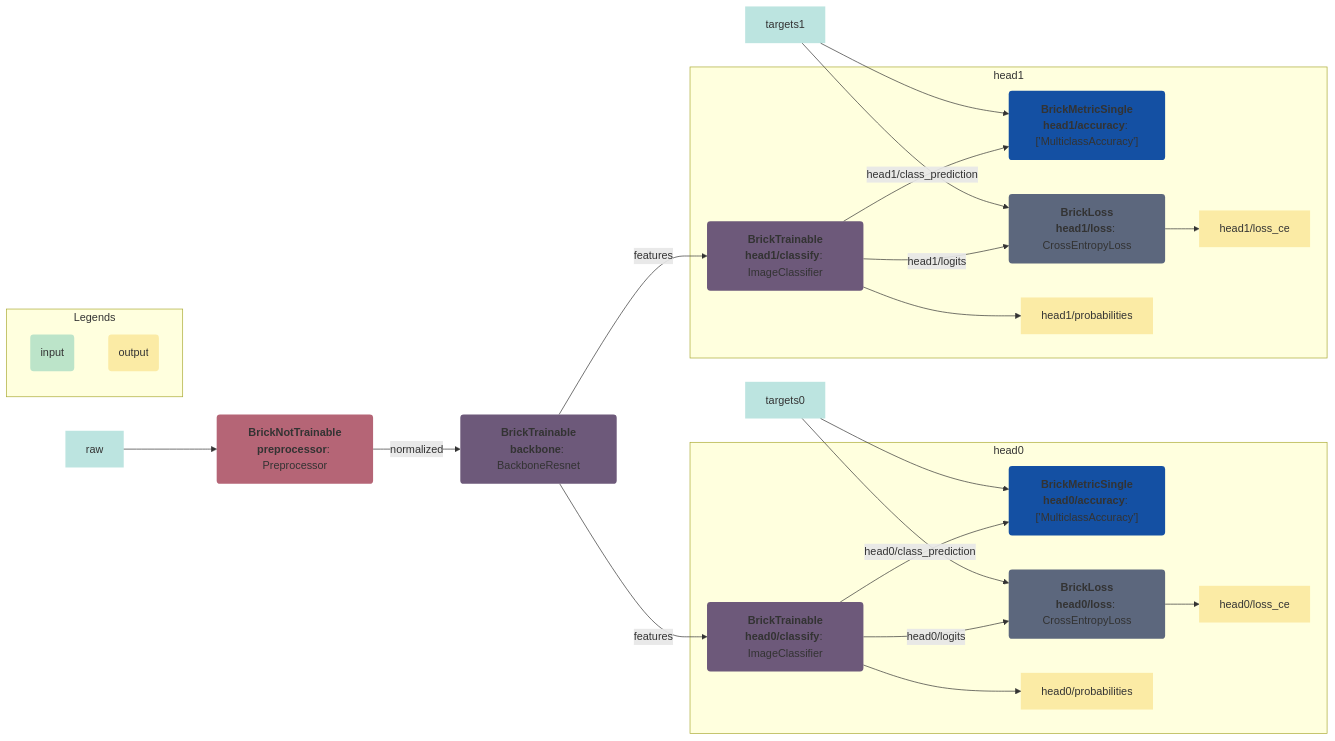
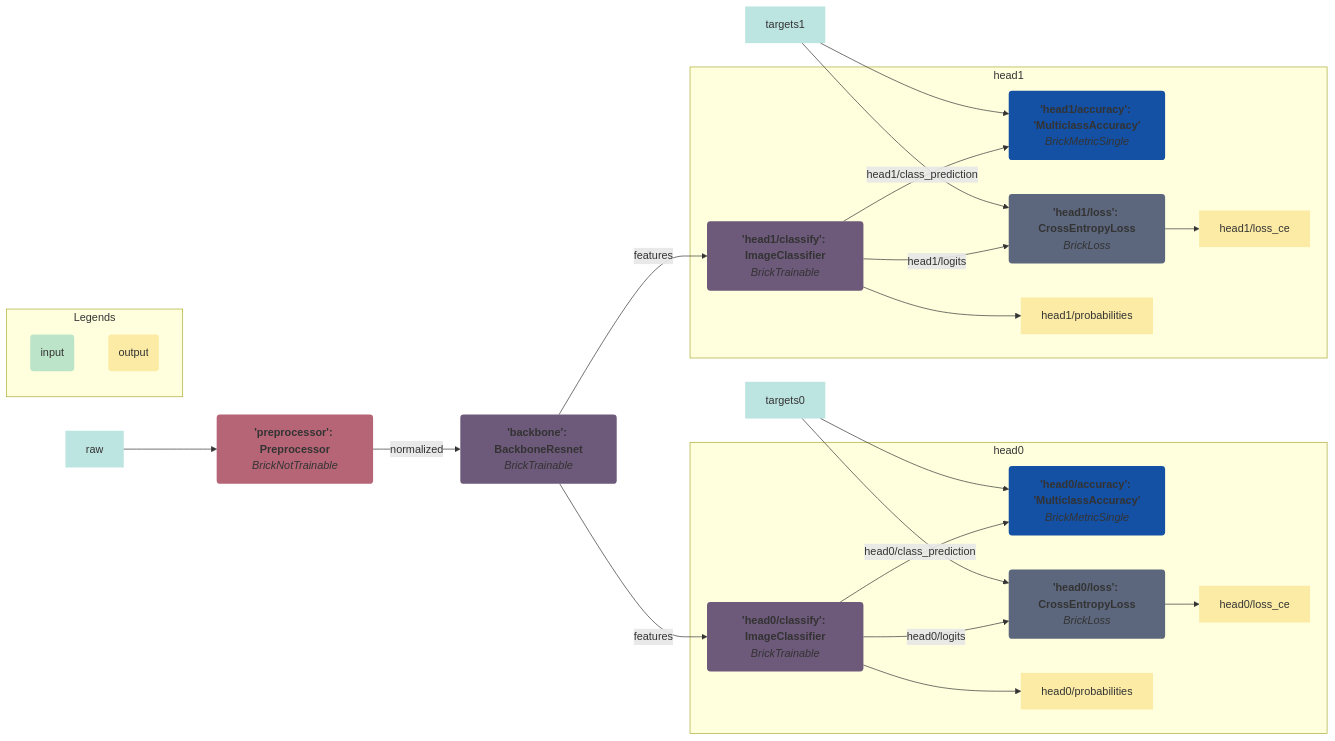
One commit to pete-machine/torchbricks changed the fourth of 4 diagrams in README.md. Above: the diagram before and after it, drawn with Mermaid. The commit also changed other lines of this file and 7 other files, not shown here.

````diff
--- a/README.md
+++ b/README.md
@@ -495,51 +496,51 @@
 ```mermaid
 flowchart LR
     %% Brick definitions
-    preprocessor("<strong>BrickNotTrainable</strong><br><strong>preprocessor</strong>: Preprocessor"):::BrickNotTrainable
-    backbone("<strong>BrickTrainable</strong><br><strong>backbone</strong>: BackboneResnet"):::BrickTrainable
-    head0/classify("<strong>BrickTrainable</strong><br><strong>head0/classify</strong>: ImageClassifier"):::BrickTrainable
-    head0/accuracy("<strong>BrickMetricSingle</strong><br><strong>head0/accuracy</strong>: ['MulticlassAccuracy']"):::BrickMetricSingle
-    head0/loss("<strong>BrickLoss</strong><br><strong>head0/loss</strong>: CrossEntropyLoss"):::BrickLoss
-    head1/classify("<strong>BrickTrainable</strong><br><strong>head1/classify</strong>: ImageClassifier"):::BrickTrainable
-    head1/accuracy("<strong>BrickMetricSingle</strong><br><strong>head1/accuracy</strong>: ['MulticlassAccuracy']"):::BrickMetricSingle
-    head1/loss("<strong>BrickLoss</strong><br><strong>head1/loss</strong>: CrossEntropyLoss"):::BrickLoss
+    preprocessor(<strong>'preprocessor': Preprocessor</strong><br><i>BrickNotTrainable</i>):::BrickNotTrainable
+    backbone(<strong>'backbone': BackboneResnet</strong><br><i>BrickTrainable</i>):::BrickTrainable
+    head0/classify(<strong>'head0/classify': ImageClassifier</strong><br><i>BrickTrainable</i>):::BrickTrainable
+    head0/accuracy(<strong>'head0/accuracy': 'MulticlassAccuracy'</strong><br><i>BrickMetricSingle</i>):::BrickMetricSingle
+    head0/loss(<strong>'head0/loss': CrossEntropyLoss</strong><br><i>BrickLoss</i>):::BrickLoss
+    head1/classify(<strong>'head1/classify': ImageClassifier</strong><br><i>BrickTrainable</i>):::BrickTrainable
+    head1/accuracy(<strong>'head1/accuracy': 'MulticlassAccuracy'</strong><br><i>BrickMetricSingle</i>):::BrickMetricSingle
+    head1/loss(<strong>'head1/loss': CrossEntropyLoss</strong><br><i>BrickLoss</i>):::BrickLoss
     
     %% Draw input and outputs
     raw:::input --> preprocessor
     targets0:::input --> head0/accuracy
     targets0:::input --> head0/loss
     targets1:::input --> head1/accuracy
     targets1:::input --> head1/loss
     
     %% Draw nodes and edges
     preprocessor --> |normalized| backbone
     backbone --> |features| head0/classify
     backbone --> |features| head1/classify
     subgraph head0
         head0/classify --> |head0/class_prediction| head0/accuracy
         head0/classify --> |head0/logits| head0/loss
         head0/classify --> head0/probabilities:::output
         head0/loss --> head0/loss_ce:::output
     end
     subgraph head1
         head1/classify --> |head1/class_prediction| head1/accuracy
         head1/classify --> |head1/logits| head1/loss
         head1/classify --> head1/probabilities:::output
         head1/loss --> head1/loss_ce:::output
     end
     
     %% Add styling
     classDef arrow stroke-width:0px,fill-opacity:0.0 
     classDef input stroke-width:0px,fill-opacity:0.3,fill:#22A699 
     classDef output stroke-width:0px,fill-opacity:0.3,fill:#F2BE22 
     classDef BrickNotTrainable stroke-width:0px,fill:#B56576 
     classDef BrickTrainable stroke-width:0px,fill:#6D597A 
     classDef BrickMetricSingle stroke-width:0px,fill:#1450A3 
     classDef BrickLoss stroke-width:0px,fill:#5C677D 
     
     %% Add legends
     subgraph Legends
         input(input):::input
         output(output):::output
     end
 ```
````
